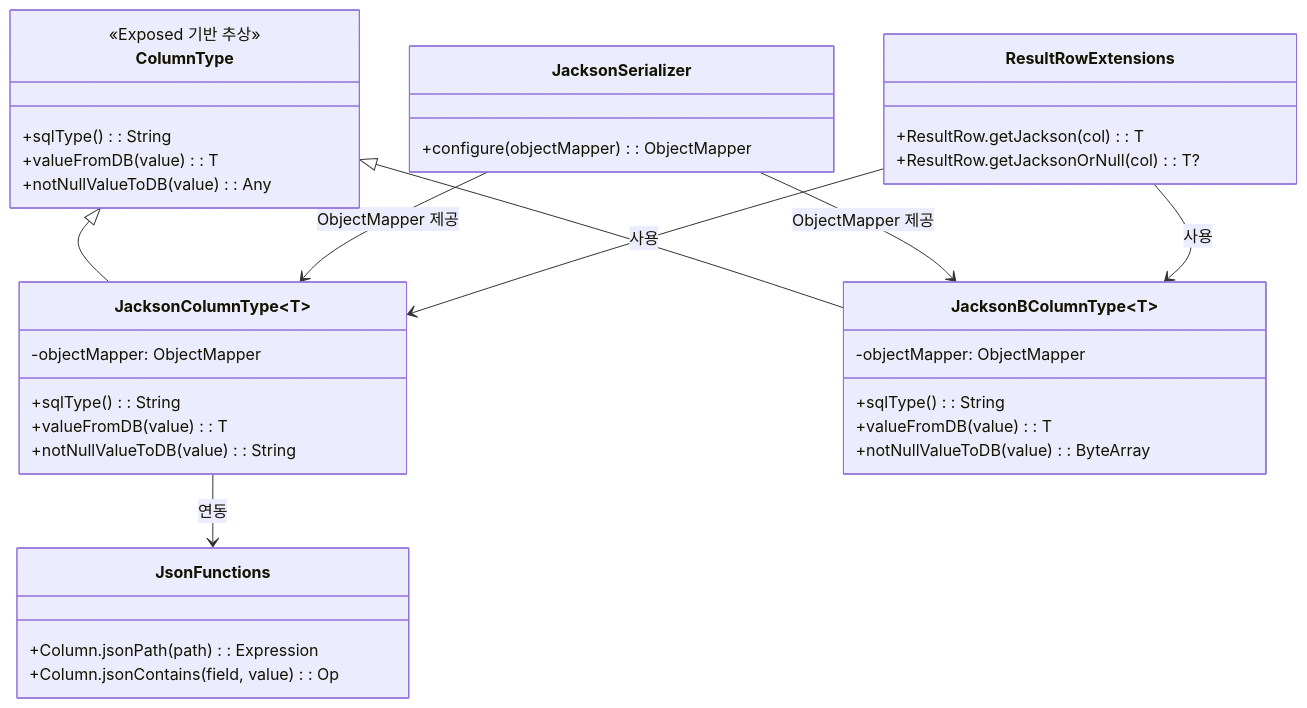
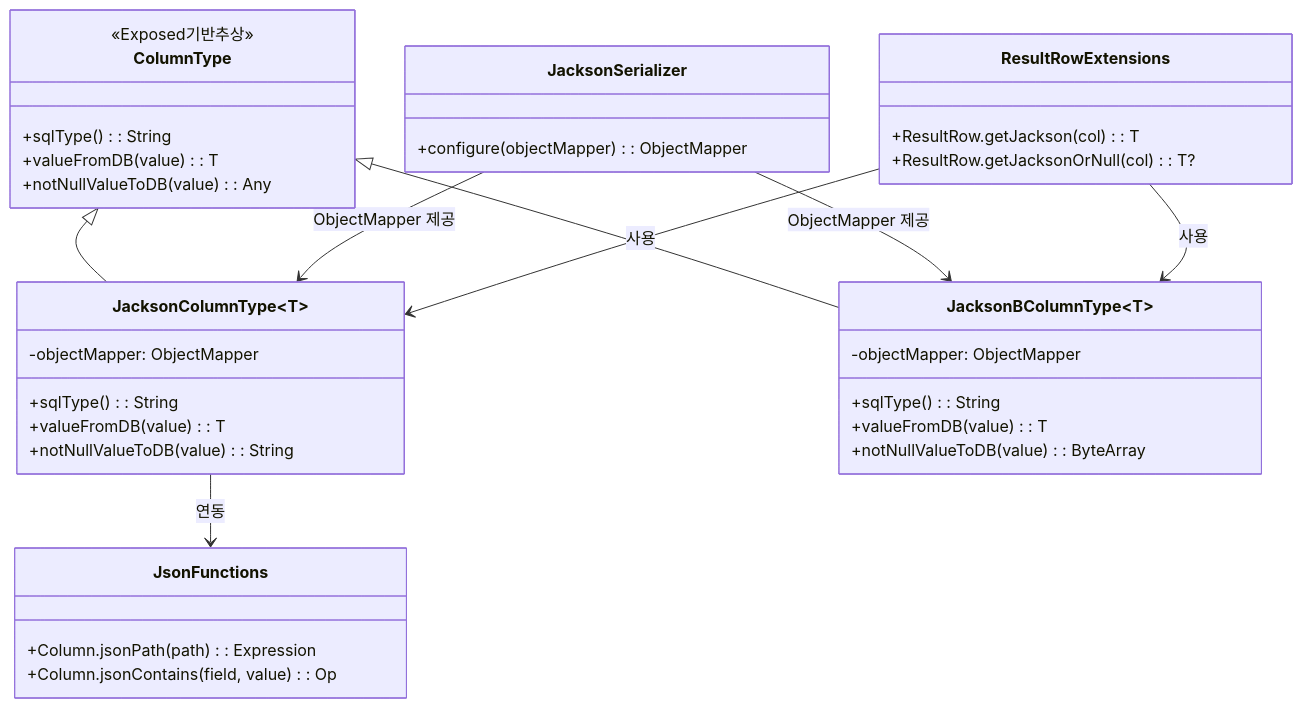
The second of 3 diagrams in data/exposed-jackson3/README.md (bluetape4k/bluetape4k-projects), drawn with Mermaid before and after one commit. The commit also changed other lines of this file and 95 other files, not shown here.

First line of the commit message:
docs: Mermaid 파서 오류 전체 수정 (IntelliJ IDEA 호환)

````diff
--- a/data/exposed-jackson3/README.md
+++ b/data/exposed-jackson3/README.md
@@ -148,40 +143,40 @@
 ```mermaid
 classDiagram
     class ColumnType {
-        <<Exposed 기반 추상>>
+        <<Exposed기반추상>>
         +sqlType(): String
         +valueFromDB(value): T
         +notNullValueToDB(value): Any
     }
     class JacksonColumnType~T~ {
         -objectMapper: ObjectMapper
         +sqlType(): String
         +valueFromDB(value): T
         +notNullValueToDB(value): String
     }
     class JacksonBColumnType~T~ {
         -objectMapper: ObjectMapper
         +sqlType(): String
         +valueFromDB(value): T
         +notNullValueToDB(value): ByteArray
     }
     class JacksonSerializer {
         +configure(objectMapper): ObjectMapper
     }
     class JsonFunctions {
         +Column.jsonPath(path): Expression
         +Column.jsonContains(field, value): Op
     }
     class ResultRowExtensions {
         +ResultRow.getJackson(col): T
         +ResultRow.getJacksonOrNull(col): T?
     }
 
     ColumnType <|-- JacksonColumnType
     ColumnType <|-- JacksonBColumnType
     JacksonSerializer --> JacksonColumnType : ObjectMapper 제공
     JacksonSerializer --> JacksonBColumnType : ObjectMapper 제공
     JacksonColumnType --> JsonFunctions : 연동
     ResultRowExtensions --> JacksonColumnType : 사용
     ResultRowExtensions --> JacksonBColumnType : 사용
 ```
````
